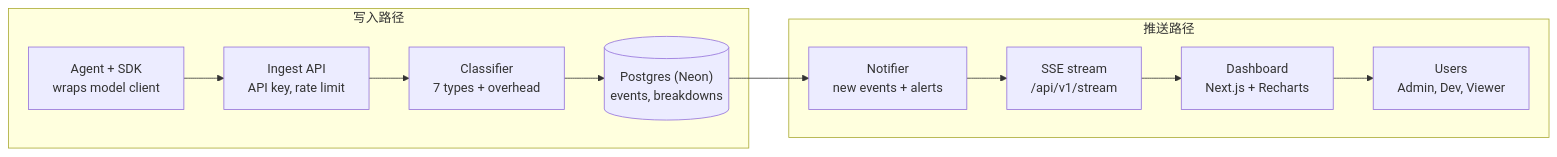
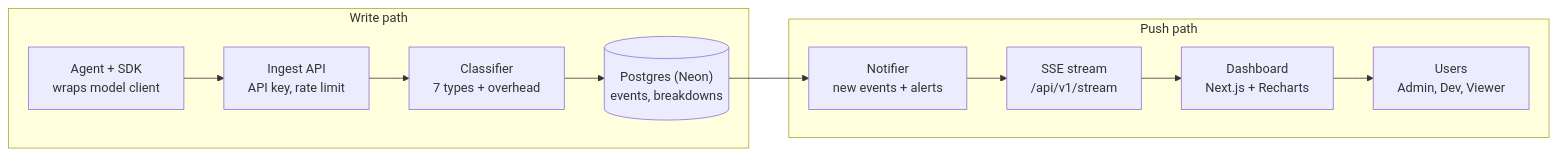
One commit to RipZou/TokenLens changed the diagram in docs/PRD.md. Above: the diagram before and after it, drawn with Mermaid. The commit also changed other lines of this file, not shown here.

````diff
--- a/docs/PRD.md
+++ b/docs/PRD.md
@@ -96,14 +96,14 @@
 ```mermaid
 flowchart LR
-    subgraph write["写入路径"]
+    subgraph write["Write path"]
         A["Agent + SDK<br/>wraps model client"] --> B["Ingest API<br/>API key, rate limit"]
         B --> C["Classifier<br/>7 types + overhead"]
         C --> D[("Postgres (Neon)<br/>events, breakdowns")]
     end
-    subgraph push["推送路径"]
+    subgraph push["Push path"]
         E["Notifier<br/>new events + alerts"] --> F["SSE stream<br/>/api/v1/stream"]
         F --> G["Dashboard<br/>Next.js + Recharts"]
         G --> H["Users<br/>Admin, Dev, Viewer"]
     end
     D --> E
 ```
````
